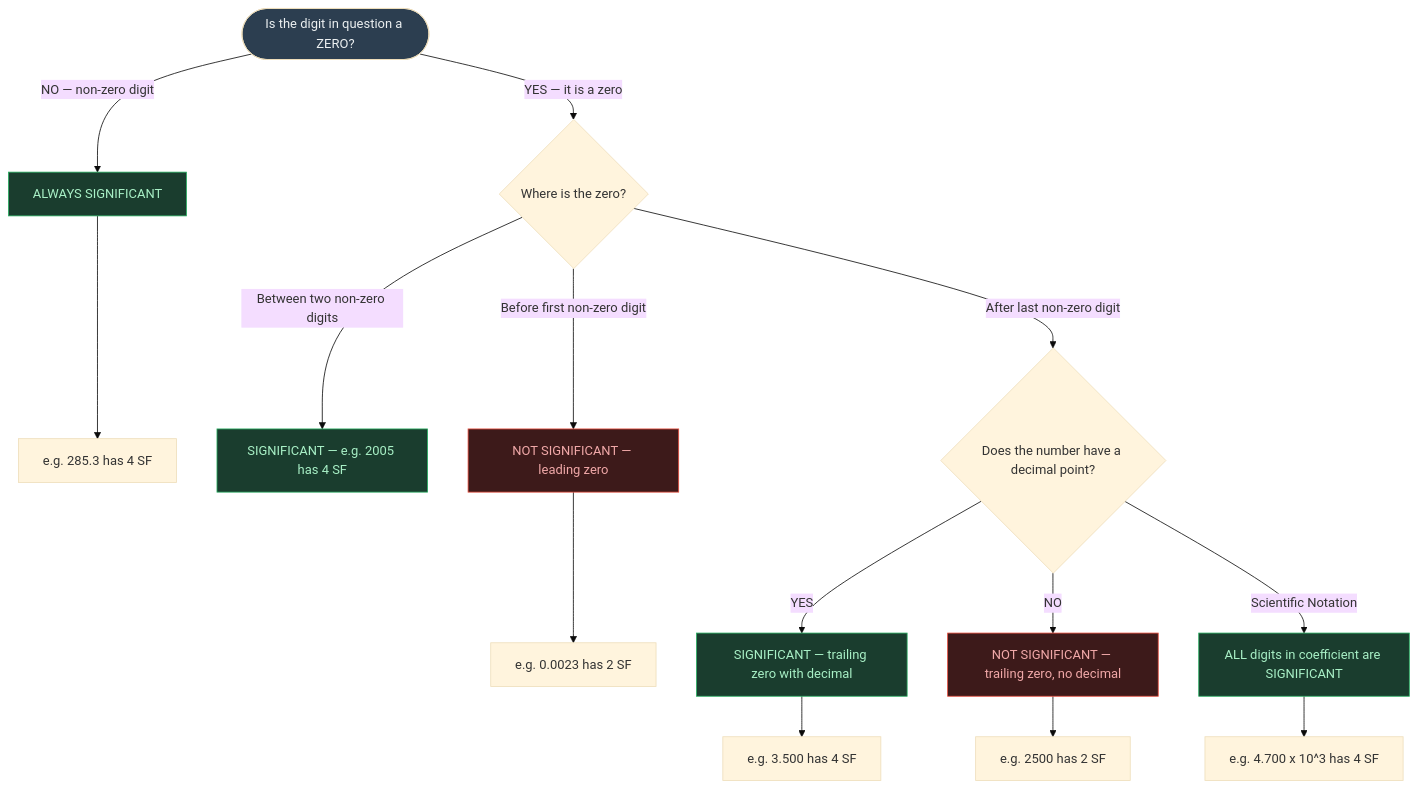
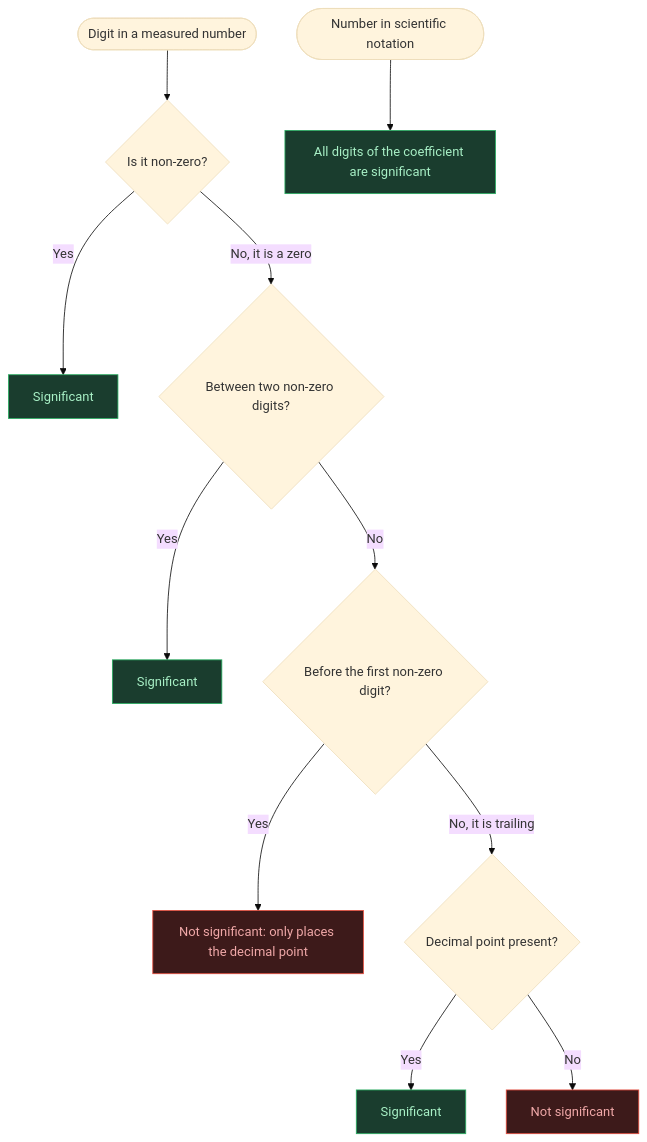
One commit to fsr-science/NCERT-Science changed the third of 7 diagrams in AI-NOTES/PHYSICS/PHYSICS01-UNITS_AND_MEASUREMENTS/PHYSICS01-UNITS_AND_MEASUREMENTS-CNOTES.md. Above: the diagram before and after it, drawn with Mermaid (base theme). The commit also changed other lines of this file and 8 other files, not shown here.

````diff
--- a/AI-NOTES/PHYSICS/PHYSICS01-UNITS_AND_MEASUREMENTS/PHYSICS01-UNITS_AND_MEASUREMENTS-CNOTES.md
+++ b/AI-NOTES/PHYSICS/PHYSICS01-UNITS_AND_MEASUREMENTS/PHYSICS01-UNITS_AND_MEASUREMENTS-CNOTES.md
@@ -174,33 +186,20 @@
 ```mermaid
 flowchart TD
-    START(["Is the digit in question a ZERO?"])
+    S(["Digit in a measured number"]) --> Q1{"Is it non-zero?"}
+    Q1 -->|Yes| A1["Significant"]
+    Q1 -->|No, it is a zero| Q2{"Between two non-zero digits?"}
+    Q2 -->|Yes| A2["Significant"]
+    Q2 -->|No| Q3{"Before the first non-zero digit?"}
+    Q3 -->|Yes| N1["Not significant: only places the decimal point"]
+    Q3 -->|No, it is trailing| Q4{"Decimal point present?"}
+    Q4 -->|Yes| A3["Significant"]
+    Q4 -->|No| N2["Not significant"]
+    T(["Number in scientific notation"]) --> A4["All digits of the coefficient are significant"]
 
-    START -->|"NO — non-zero digit"| NZ["ALWAYS SIGNIFICANT"]
-    NZ --> NZX["e.g. 285.3 has 4 SF"]
-
-    START -->|"YES — it is a zero"| Z1{"Where is the zero?"}
-
-    Z1 -->|"Between two non-zero digits"| BETWEEN["SIGNIFICANT — e.g. 2005 has 4 SF"]
-
-    Z1 -->|"Before first non-zero digit"| LEADING["NOT SIGNIFICANT — leading zero"]
-    LEADING --> LEADX["e.g. 0.0023 has 2 SF"]
-
-    Z1 -->|"After last non-zero digit"| TRAILING{"Does the number have a decimal point?"}
-
-    TRAILING -->|"YES"| TRAIL_DEC["SIGNIFICANT — trailing zero with decimal"]
-    TRAIL_DEC --> TRAIL_DECX["e.g. 3.500 has 4 SF"]
-
-    TRAILING -->|"NO"| TRAIL_NODEC["NOT SIGNIFICANT — trailing zero, no decimal"]
-    TRAIL_NODEC --> TRAIL_NODECX["e.g. 2500 has 2 SF"]
-
-    TRAILING -->|"Scientific Notation"| SCI["ALL digits in coefficient are SIGNIFICANT"]
-    SCI --> SCIX["e.g. 4.700 x 10^3 has 4 SF"]
-
-    style START fill:#2c3e50,color:#ecf0f1
-    style NZ fill:#1a3d2e,color:#a8f0c6,stroke:#27ae60
-    style BETWEEN fill:#1a3d2e,color:#a8f0c6,stroke:#27ae60
-    style TRAIL_DEC fill:#1a3d2e,color:#a8f0c6,stroke:#27ae60
-    style SCI fill:#1a3d2e,color:#a8f0c6,stroke:#27ae60
-    style LEADING fill:#3d1a1a,color:#f0a8a8,stroke:#e74c3c
-    style TRAIL_NODEC fill:#3d1a1a,color:#f0a8a8,stroke:#e74c3c
+    style A1 fill:#1a3d2e,color:#a8f0c6,stroke:#27ae60
+    style A2 fill:#1a3d2e,color:#a8f0c6,stroke:#27ae60
+    style A3 fill:#1a3d2e,color:#a8f0c6,stroke:#27ae60
+    style A4 fill:#1a3d2e,color:#a8f0c6,stroke:#27ae60
+    style N1 fill:#3d1a1a,color:#f0a8a8,stroke:#e74c3c
+    style N2 fill:#3d1a1a,color:#f0a8a8,stroke:#e74c3c
 ```
````
